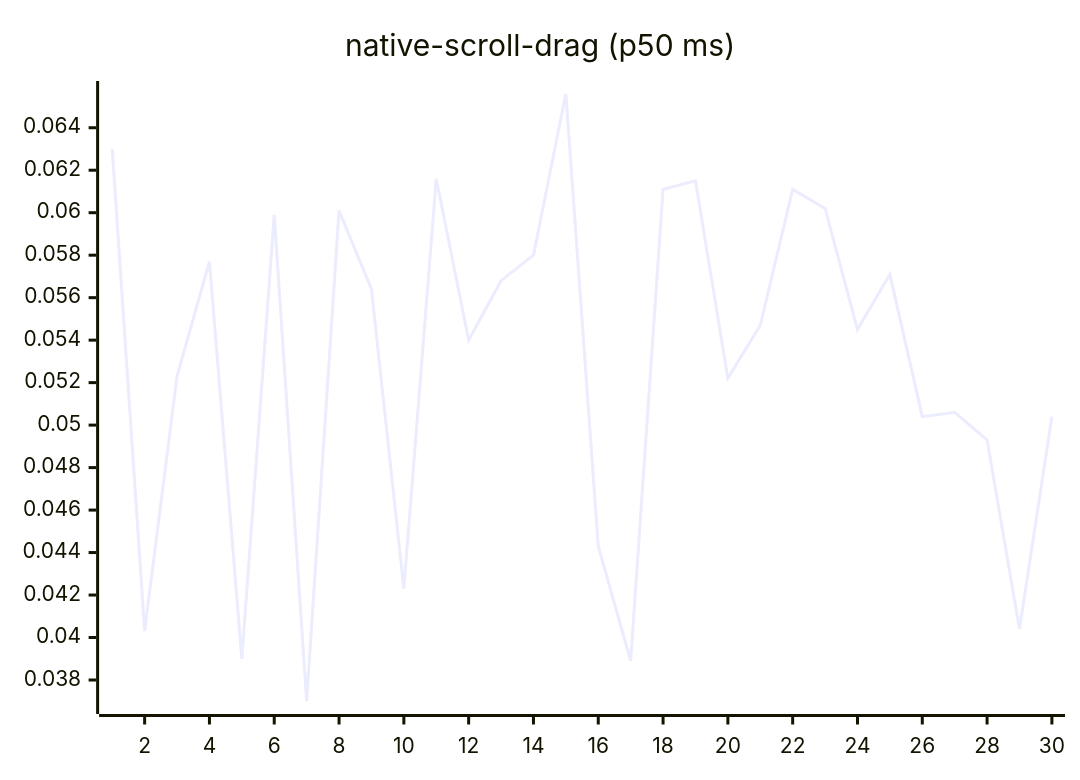
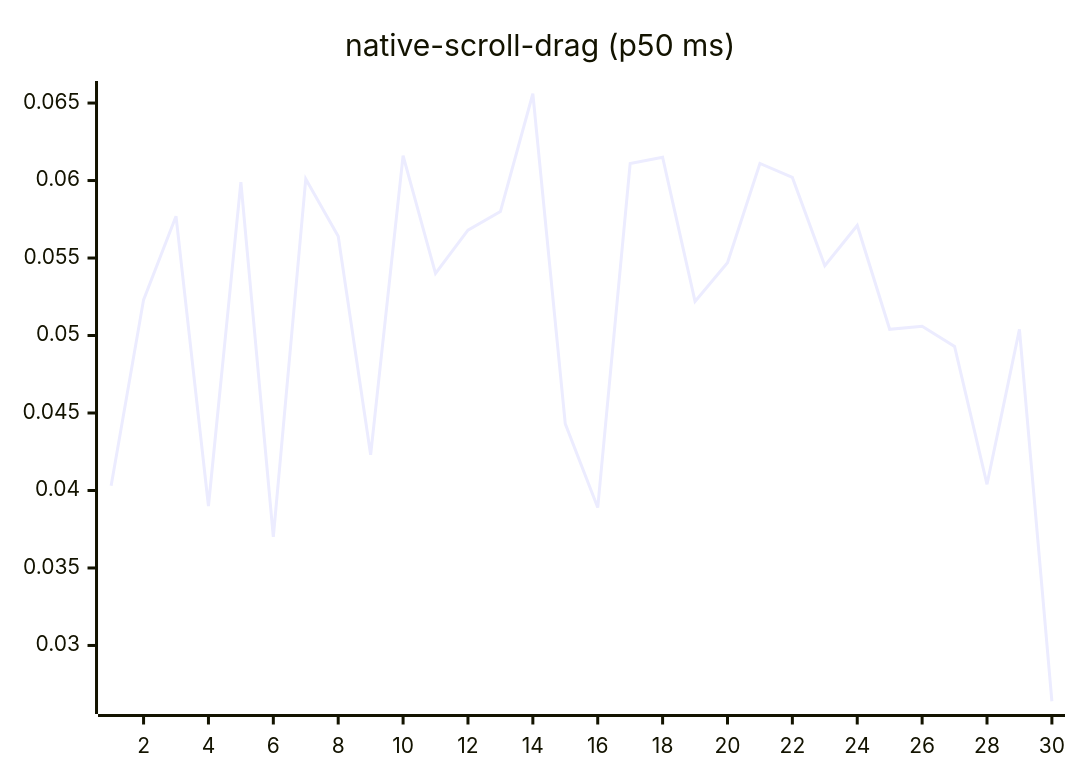
Before and after one commit to josha/Facet: diagram 14 of 27 in README.md, drawn with Mermaid. The commit also changed other lines of this file and 2 other files, not shown here.

````diff
--- a/README.md
+++ b/README.md
@@ -154,6 +154,6 @@
 ```mermaid
 xychart-beta
     title "native-scroll-drag (p50 ms)"
     x-axis 1 --> 30
-    line [0.0630, 0.0403, 0.0523, 0.0577, 0.0390, 0.0599, 0.0370, 0.0601, 0.0564, 0.0423, 0.0616, 0.0540, 0.0568, 0.0580, 0.0656, 0.0443, 0.0389, 0.0611, 0.0615, 0.0522, 0.0547, 0.0611, 0.0602, 0.0545, 0.0571, 0.0504, 0.0506, 0.0493, 0.0404, 0.0504]
+    line [0.0403, 0.0523, 0.0577, 0.0390, 0.0599, 0.0370, 0.0601, 0.0564, 0.0423, 0.0616, 0.0540, 0.0568, 0.0580, 0.0656, 0.0443, 0.0389, 0.0611, 0.0615, 0.0522, 0.0547, 0.0611, 0.0602, 0.0545, 0.0571, 0.0504, 0.0506, 0.0493, 0.0404, 0.0504, 0.0264]
 ```
````
